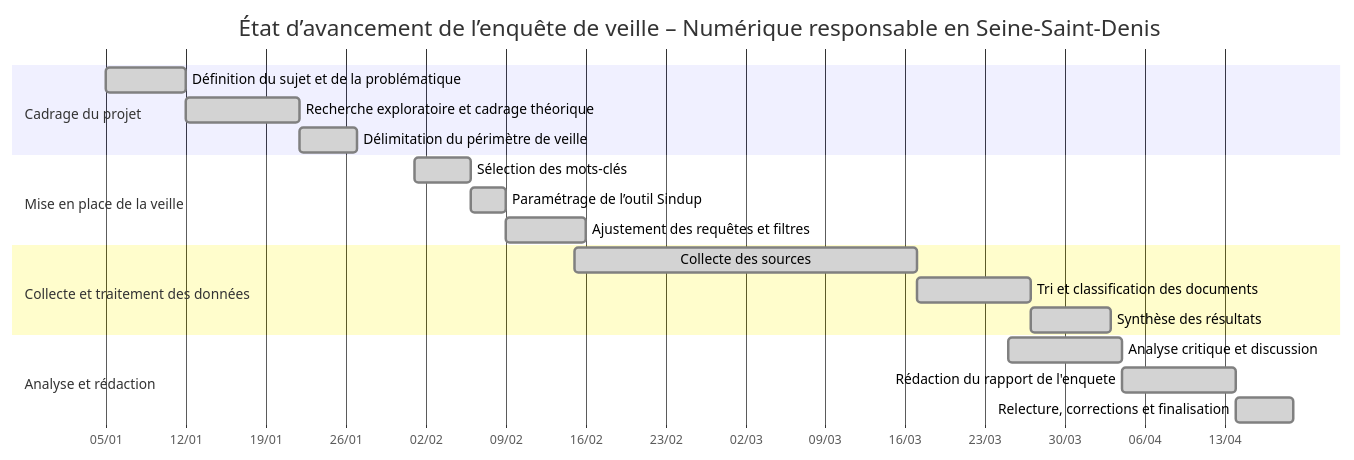
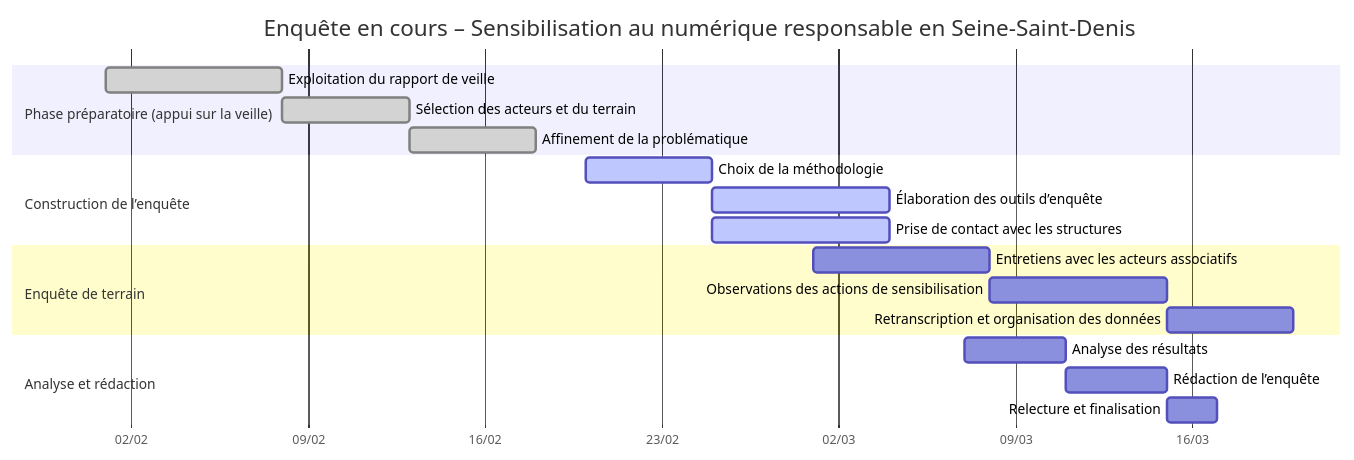
The diagram in etatAvancement.md (marcneysie-lang/Numerique-et-ecologie-urbaine-), drawn with Mermaid before and after one commit.

````diff
--- a/etatAvancement.md
+++ b/etatAvancement.md
@@ -1,27 +1,27 @@
 ```mermaid
 gantt
-    title État d’avancement de l’enquête de veille – Numérique responsable en Seine-Saint-Denis
+    title Enquête en cours – Sensibilisation au numérique responsable en Seine-Saint-Denis
     dateFormat YYYY-MM-DD
     axisFormat %d/%m
 
-    section Cadrage du projet
-    Définition du sujet et de la problématique      :done,    t1, 2025-01-05, 7d
-    Recherche exploratoire et cadrage théorique    :done,    t2, after t1, 10d
-    Délimitation du périmètre de veille            :done,    t3, after t2, 5d
+    section Phase préparatoire (appui sur la veille)
+    Exploitation du rapport de veille              :done,    t1, 2025-02-01, 7d
+    Sélection des acteurs et du terrain            :done,    t2, after t1, 5d
+    Affinement de la problématique                 :done,    t3, after t2, 5d
 
-    section Mise en place de la veille
-    Sélection des mots-clés                        :done,    t4, 2025-02-01, 5d
-    Paramétrage de l’outil Sindup                  :done,    t5, after t4, 3d
-    Ajustement des requêtes et filtres             :done,    t6, after t5, 7d
+    section Construction de l’enquête
+    Choix de la méthodologie                       :active,  t4, 2025-02-20, 5d
+    Élaboration des outils d’enquête               :active,  t5, after t4, 7d
+    Prise de contact avec les structures           :active,  t6, after t4, 7d
 
-    section Collecte et traitement des données
-    Collecte des sources                           :done,    t7, 2025-02-15, 30d
-    Tri et classification des documents            :done,    t8, after t7, 10d
-    Synthèse des résultats                         :done,    t9, after t8, 7d
+    section Enquête de terrain
+    Entretiens avec les acteurs associatifs        :         t7, 2025-03-01, 7d
+    Observations des actions de sensibilisation    :         t8, after t7, 7d
+    Retranscription et organisation des données    :         t9, after t8, 5d
 
     section Analyse et rédaction
-    Analyse critique et discussion                 :done,    t10, 2025-03-25, 10d
-    Rédaction du rapport de l'enquete                 :done,    t11, after t10, 10d
-    Relecture, corrections et finalisation         :done,    t12, after t11, 5d
+    Analyse des résultats                          :         t10, 2025-03-07, 4d
+    Rédaction de l’enquête                         :         t11, after t10, 4d
+    Relecture et finalisation                      :         t12, after t11, 2d
 
 ```
````
